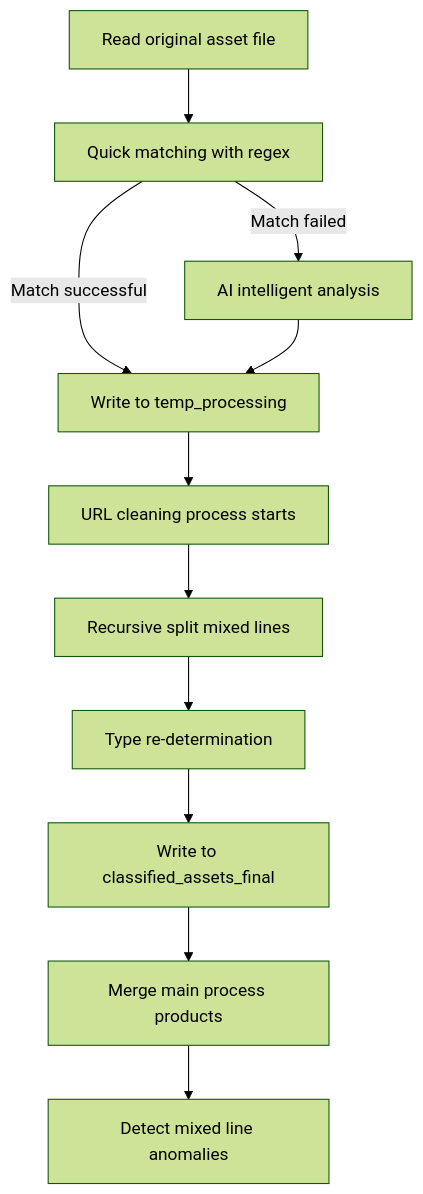
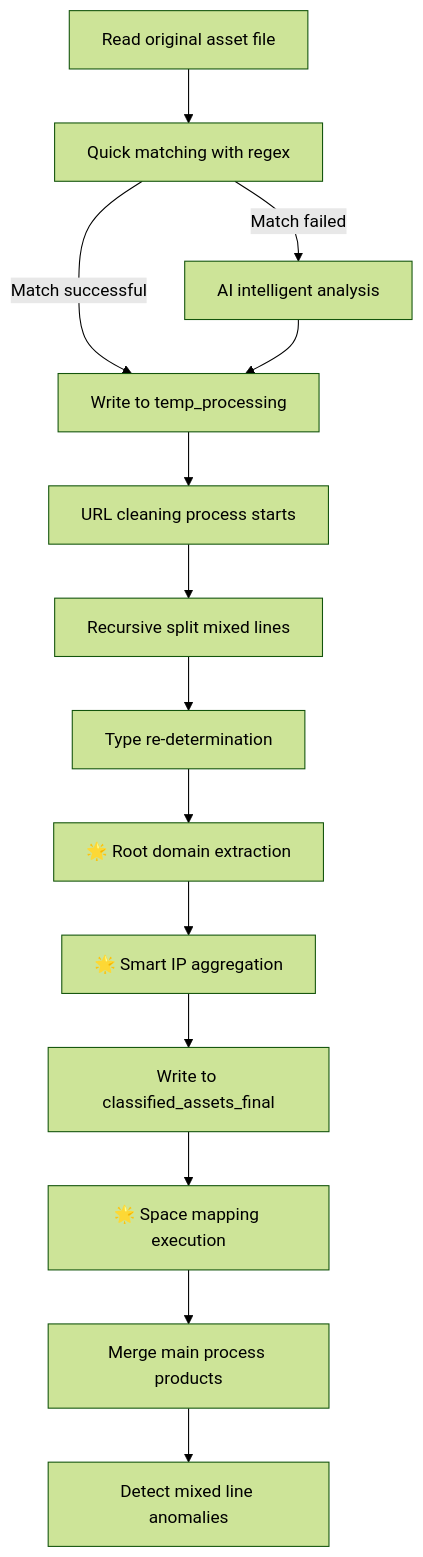
One commit to taielab/ClearFeather changed the diagram in README_EN.md. Above: the diagram before and after it, drawn with Mermaid (forest theme). The commit also changed other lines of this file and 1 other file, not shown here.

````diff
--- a/README_EN.md
+++ b/README_EN.md
@@ -189,13 +415,16 @@
 ```mermaid
 graph TD
     A[Read original asset file] --> B[Quick matching with regex]
     B -->|Match successful| D[Write to temp_processing]
     B -->|Match failed| C[AI intelligent analysis]
     C --> D
     D --> E[URL cleaning process starts]
     E --> F[Recursive split mixed lines]
     F --> G[Type re-determination]
-    G --> H[Write to classified_assets_final]
-    H --> I[Merge main process products]
-    I --> J[Detect mixed line anomalies]
+    G --> H[🌟 Root domain extraction]
+    H --> I[🌟 Smart IP aggregation]
+    I --> J[Write to classified_assets_final]
+    J --> K[🌟 Space mapping execution]
+    K --> L[Merge main process products]
+    L --> M[Detect mixed line anomalies]
 ```
````
